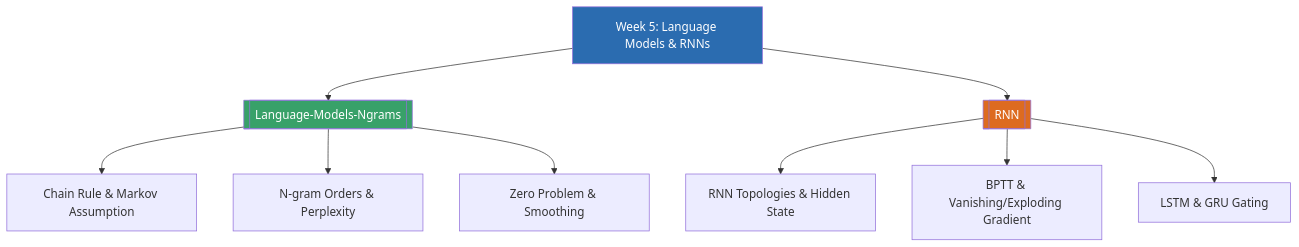
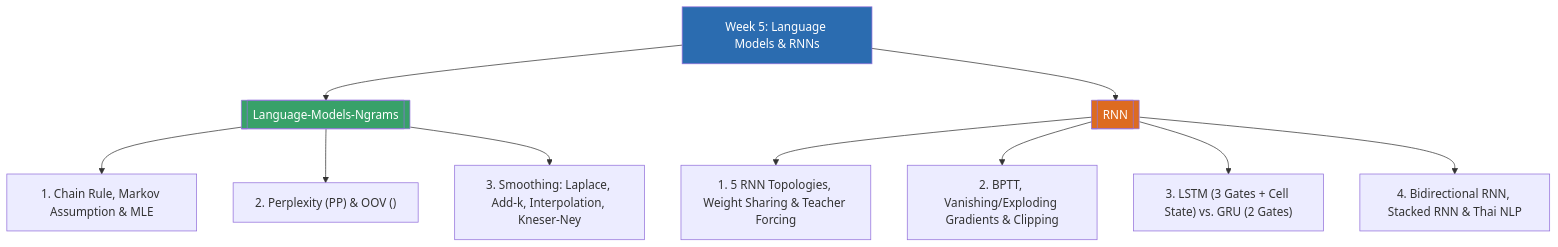
The diagram in 01_Lectures/Week5/Week5-MOC.md (PhuriphatTyPeZ3r0/Course-1323404-Natural-Language-Processing-2026), drawn with Mermaid before and after one commit. The commit also changed other lines of this file and 17 other files, not shown here.

````diff
--- a/01_Lectures/Week5/Week5-MOC.md
+++ b/01_Lectures/Week5/Week5-MOC.md
@@ -28,15 +33,16 @@
 ```mermaid
 graph TD
-    MOC[Week 5: Language Models & RNNs] --> A[[Language-Models-Ngrams]]
+    MOC["Week 5: Language Models & RNNs"] --> A[[Language-Models-Ngrams]]
     MOC --> B[[RNN]]
-    A --> A1[Chain Rule & Markov Assumption]
-    A --> A2[N-gram Orders & Perplexity]
-    A --> A3[Zero Problem & Smoothing]
-    B --> B1[RNN Topologies & Hidden State]
-    B --> B2[BPTT & Vanishing/Exploding Gradient]
-    B --> B3[LSTM & GRU Gating]
+    A --> A1["1. Chain Rule, Markov Assumption & MLE"]
+    A --> A2["2. Perplexity (PP) & OOV (<UNK>)"]
+    A --> A3["3. Smoothing: Laplace, Add-k, Interpolation, Kneser-Ney"]
+    B --> B1["1. 5 RNN Topologies, Weight Sharing & Teacher Forcing"]
+    B --> B2["2. BPTT, Vanishing/Exploding Gradients & Clipping"]
+    B --> B3["3. LSTM (3 Gates + Cell State) vs. GRU (2 Gates)"]
+    B --> B4["4. Bidirectional RNN, Stacked RNN & Thai NLP"]
 
     style MOC fill:#2b6cb0,color:#fff
     style A fill:#38a169,color:#fff
     style B fill:#dd6b20,color:#fff
 ```
````
